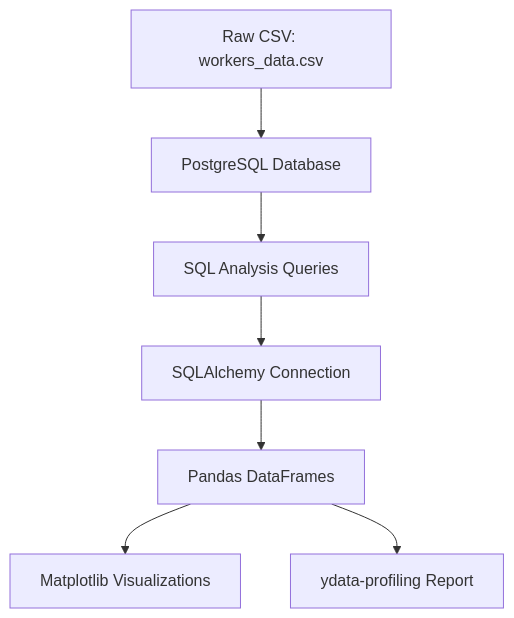
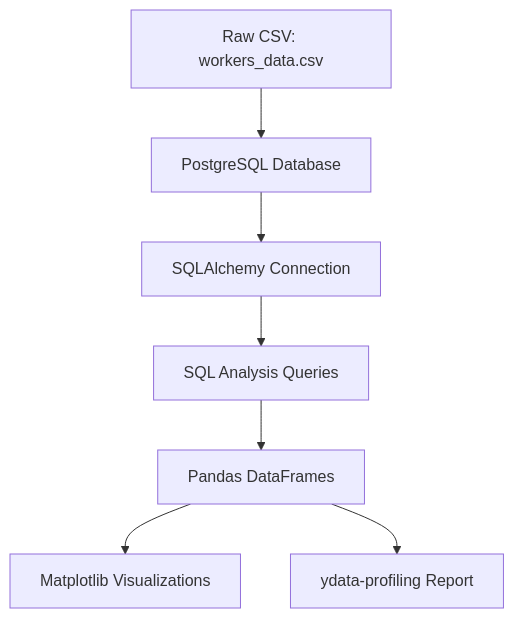
The diagram in README.md (TheAdintech/Adult-Income-Analysis), drawn with Mermaid before and after one commit.

````diff
--- a/README.md
+++ b/README.md
@@ -23,9 +23,9 @@
 ```mermaid
 flowchart TD
     A[Raw CSV: workers_data.csv] --> B[PostgreSQL Database]
-    B --> C[SQL Analysis Queries]
-    C --> D[SQLAlchemy Connection]
+    B --> C[SQLAlchemy Connection]
+    C --> D[SQL Analysis Queries]
     D --> E[Pandas DataFrames]
     E --> F[Matplotlib Visualizations]
     E --> G[ydata-profiling Report]
 ```
````
